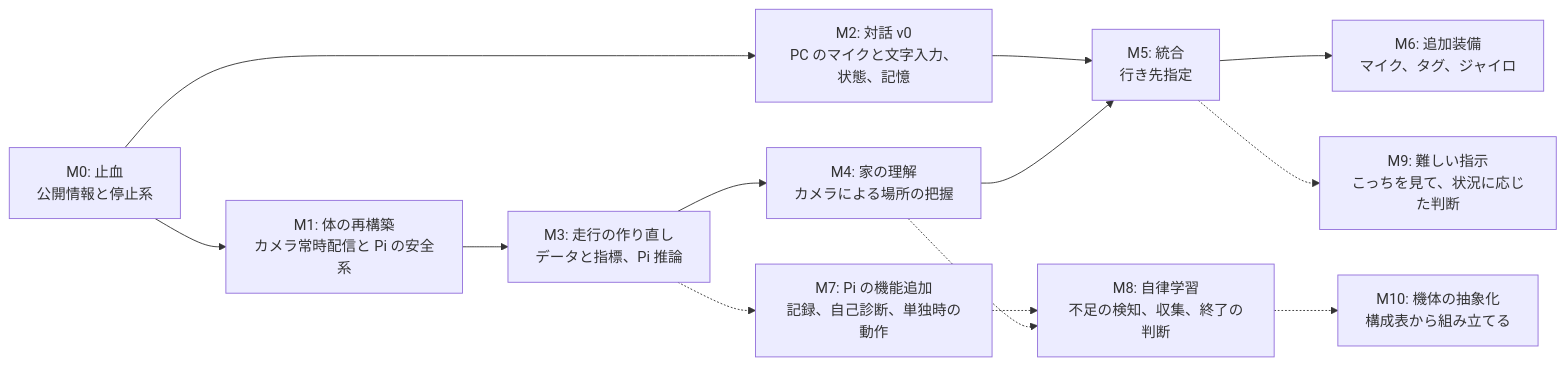
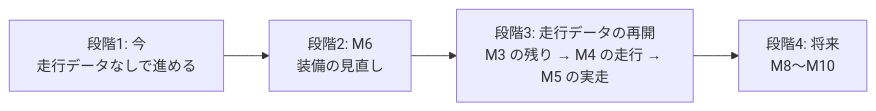
Before and after one commit to Yuyta/E2E_Driving_PicarX_rspi: the diagram in ROADMAP.md, drawn with Mermaid. The commit also changed other lines of this file and 5 other files, not shown here.

First line of the commit message:
docs: reorder the roadmap around the equipment review and shorten it

````diff
--- a/ROADMAP.md
+++ b/ROADMAP.md
@@ -75,27 +79,8 @@
 ```mermaid
 flowchart LR
-    M0["M0: 止血<br>公開情報と停止系"]
-    M1["M1: 体の再構築<br>カメラ常時配信と Pi の安全系"]
-    M2["M2: 対話 v0<br>PC のマイクと文字入力、状態、記憶"]
-    M3["M3: 走行の作り直し<br>データと指標、Pi 推論"]
-    M4["M4: 家の理解<br>カメラによる場所の把握"]
-    M5["M5: 統合<br>行き先指定"]
-    M6["M6: 追加装備<br>マイク、タグ、ジャイロ"]
-    M7["M7: Pi の機能追加<br>記録、自己診断、単独時の動作"]
-    M8["M8: 自律学習<br>不足の検知、収集、終了の判断"]
-    M9["M9: 難しい指示<br>こっちを見て、状況に応じた判断"]
-    M10["M10: 機体の抽象化<br>構成表から組み立てる"]
-
-    M0 --> M1
-    M0 --> M2
-    M1 --> M3
-    M3 --> M4
-    M2 --> M5
-    M4 --> M5
-    M5 --> M6
-    M3 -.-> M7
-    M7 -.-> M8
-    M4 -.-> M8
-    M5 -.-> M9
-    M8 -.-> M10
+    A["段階1: 今<br>走行データなしで進める"]
+    B["段階2: M6<br>装備の見直し"]
+    C["段階3: 走行データの再開<br>M3 の残り → M4 の走行 → M5 の実走"]
+    D["段階4: 将来<br>M8〜M10"]
+    A --> B --> C --> D
 ```
````
